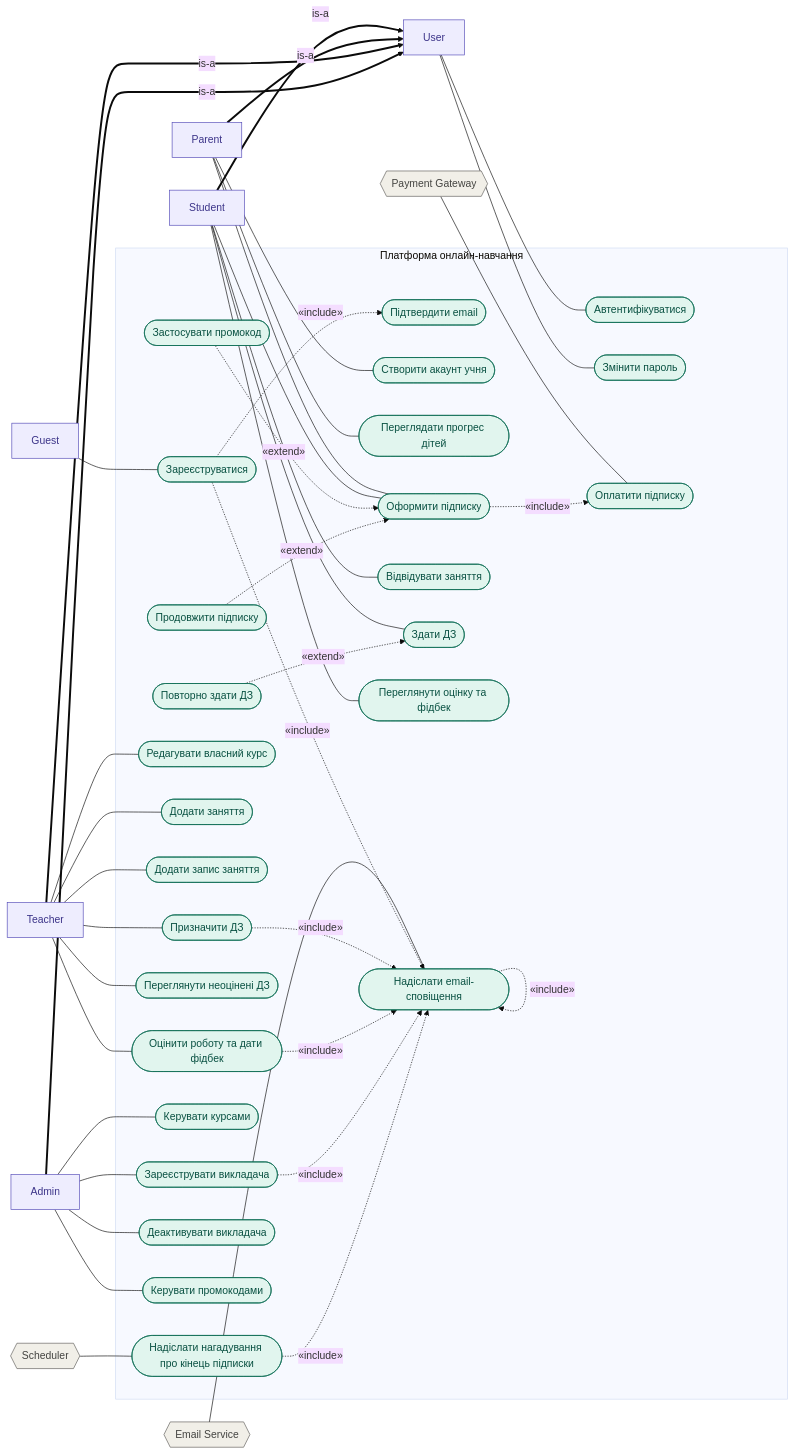
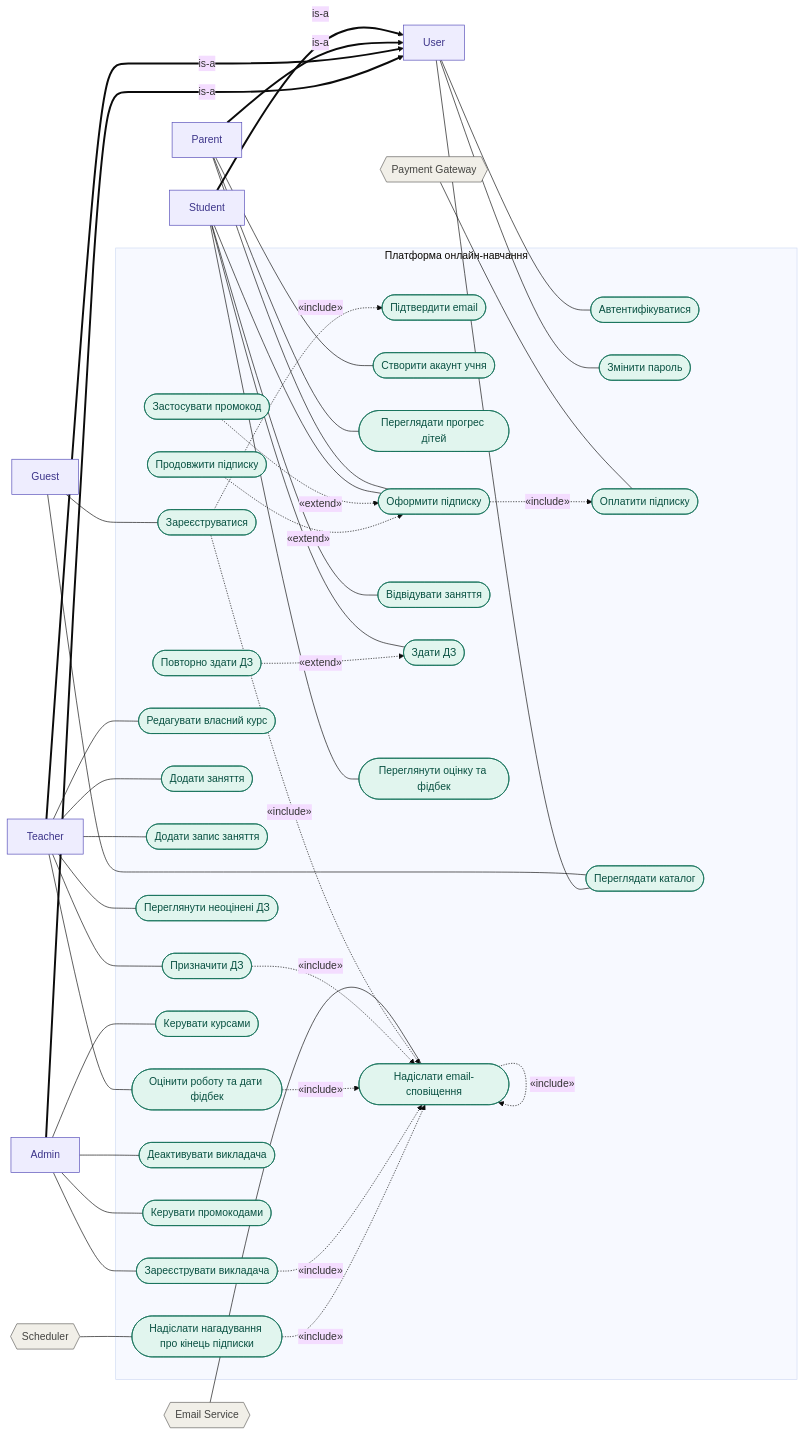
Before and after one commit to grmaryna/MathHub: the diagram in Use Cases/use-case-diagram.mmd, drawn with Mermaid (base theme).

Commit message:
diagram: додано use case, щоб guest та user могли переглядати каталог

```diff
--- a/Use Cases/use-case-diagram.mmd
+++ b/Use Cases/use-case-diagram.mmd
@@ -1,89 +1,92 @@
 flowchart LR
   U["User"]:::human
   G["Guest"]:::human
   S["Student"]:::human
   P["Parent"]:::human
   T["Teacher"]:::human
   A["Admin"]:::human
   PG{{"Payment Gateway"}}:::system
   ES{{"Email Service"}}:::system
   SCH{{"Scheduler"}}:::system
 
   S -->|"is-a"| U
   P -->|"is-a"| U
   T -->|"is-a"| U
   A -->|"is-a"| U
 
   subgraph SYS["Платформа онлайн-навчання"]
     UC1(["Зареєструватися"]):::uc
     UC2(["Підтвердити email"]):::uc
     UC3(["Автентифікуватися"]):::uc
     UC4(["Змінити пароль"]):::uc
     UC5(["Створити акаунт учня"]):::uc
     UC6(["Переглядати прогрес дітей"]):::uc
     UC7(["Оформити підписку"]):::uc
     UC8(["Оплатити підписку"]):::uc
     UC9(["Застосувати промокод"]):::uc
     UC10(["Продовжити підписку"]):::uc
     UC11(["Відвідувати заняття"]):::uc
     UC12(["Здати ДЗ"]):::uc
     UC13(["Повторно здати ДЗ"]):::uc
     UC14(["Переглянути оцінку та фідбек"]):::uc
     UC15(["Редагувати власний курс"]):::uc
     UC16(["Додати заняття"]):::uc
     UC17(["Додати запис заняття"]):::uc
     UC18(["Призначити ДЗ"]):::uc
     UC19(["Переглянути неоцінені ДЗ"]):::uc
     UC20(["Оцінити роботу та дати фідбек"]):::uc
     UC21(["Керувати курсами"]):::uc
     UC22(["Зареєструвати викладача"]):::uc
     UC23(["Деактивувати викладача"]):::uc
     UC24(["Керувати промокодами"]):::uc
     UC25(["Надіслати email-сповіщення"]):::uc
     UC26(["Надіслати нагадування про кінець підписки"]):::uc
+    UC27(["Переглядати каталог"]):::uc
   end
 
   %% Асоціації
   G --- UC1
+  G --- UC27
   U --- UC3
   U --- UC4
+  U --- UC27
   P --- UC5
   P --- UC6
   P --- UC7
   S --- UC7
   S --- UC11
   S --- UC12
   S --- UC14
   T --- UC15
   T --- UC16
   T --- UC17
   T --- UC18
   T --- UC19
   T --- UC20
   A --- UC21
   A --- UC22
   A --- UC23
   A --- UC24
   PG --- UC8
   ES --- UC25
   SCH --- UC26
 
   %% include: базовий UC -> включений
   UC1 -.->|"«include»"| UC2
   UC1 -.->|"«include»"| UC25
   UC7 -.->|"«include»"| UC8
   UC18 -.->|"«include»"| UC25
   UC20 -.->|"«include»"| UC25
   UC22 -.->|"«include»"| UC25
   UC26 -.->|"«include»"| UC25
   UC25 -.->|"«include»"| UC25
 
   %% extend: розширення -> базовий UC
   UC9 -.->|"«extend»"| UC7
   UC10 -.->|"«extend»"| UC7
   UC13 -.->|"«extend»"| UC12
 
   linkStyle 0,1,2,3 stroke-width:3px
   classDef human fill:#EEEDFE,stroke:#534AB7,color:#3C3489
   classDef system fill:#F1EFE8,stroke:#5F5E5A,color:#444441
   classDef uc fill:#E1F5EE,stroke:#0F6E56,color:#085041
```
